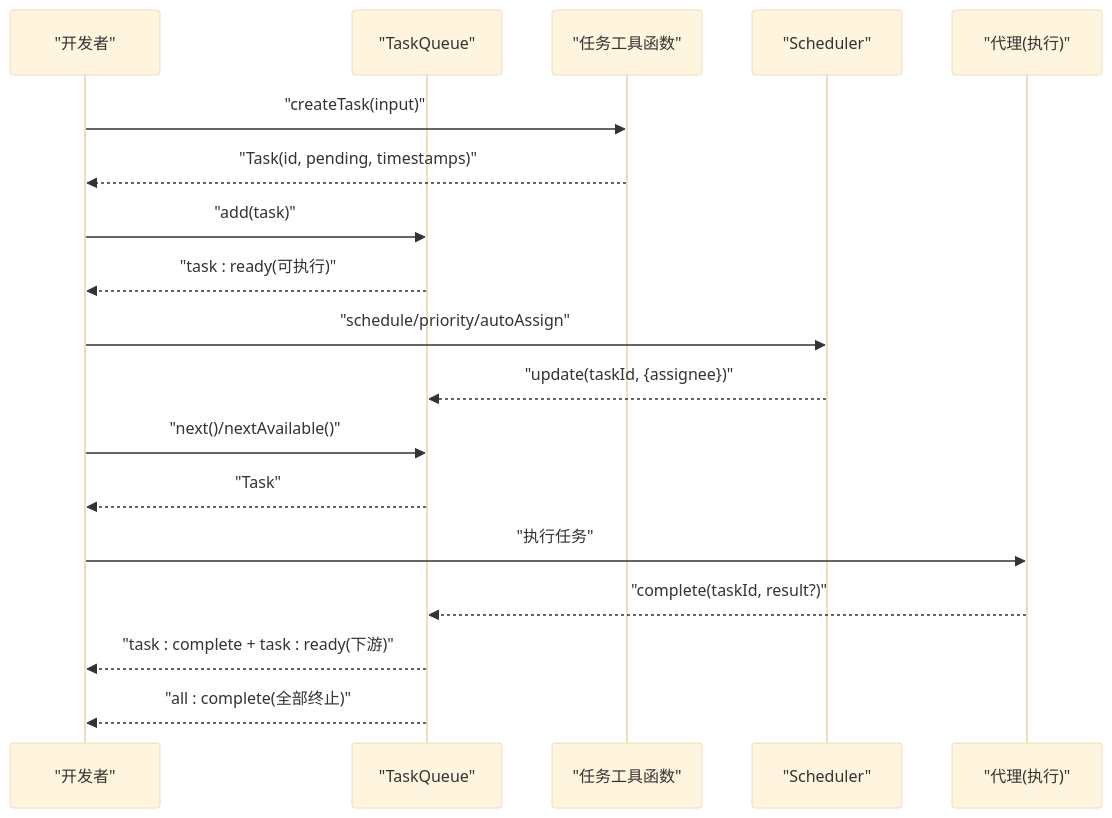
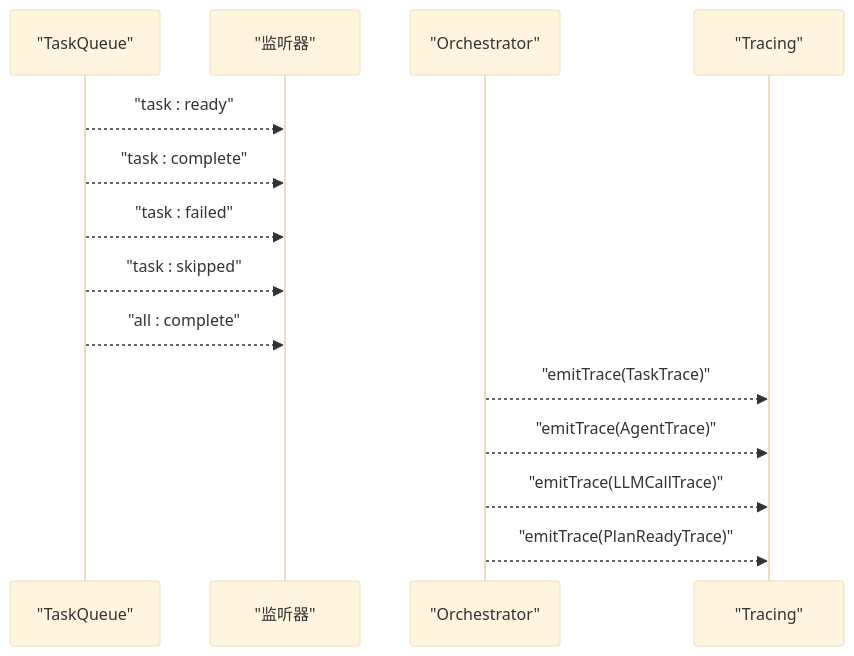
Before and after one commit to haolange/open-multi-agent: the eighth of 9 diagrams in .qoder/repowiki/zh/content/API 参考/任务 API.md, drawn with Mermaid (base theme). The commit also changed other lines of this file and 100 other files, not shown here.

````diff
--- a/.qoder/repowiki/zh/content/API 参考/任务 API.md
+++ b/.qoder/repowiki/zh/content/API 参考/任务 API.md
@@ -314,20 +439,16 @@
 ```mermaid
 sequenceDiagram
-participant Dev as "开发者"
 participant Q as "TaskQueue"
-participant U as "任务工具函数"
-participant S as "Scheduler"
-participant A as "代理(执行)"
-Dev->>U : "createTask(input)"
-U-->>Dev : "Task(id, pending, timestamps)"
-Dev->>Q : "add(task)"
-Q-->>Dev : "task : ready(可执行)"
-Dev->>S : "schedule/priority/autoAssign"
-S-->>Q : "update(taskId, {assignee})"
-Dev->>Q : "next()/nextAvailable()"
-Q-->>Dev : "Task"
-Dev->>A : "执行任务"
-A-->>Q : "complete(taskId, result?)"
-Q-->>Dev : "task : complete + task : ready(下游)"
-Q-->>Dev : "all : complete(全部终止)"
+participant H as "监听器"
+participant O as "Orchestrator"
+participant T as "Tracing"
+Q-->>H : "task : ready"
+Q-->>H : "task : complete"
+Q-->>H : "task : failed"
+Q-->>H : "task : skipped"
+Q-->>H : "all : complete"
+O-->>T : "emitTrace(TaskTrace)"
+O-->>T : "emitTrace(AgentTrace)"
+O-->>T : "emitTrace(LLMCallTrace)"
+O-->>T : "emitTrace(PlanReadyTrace)"
 ```
````
